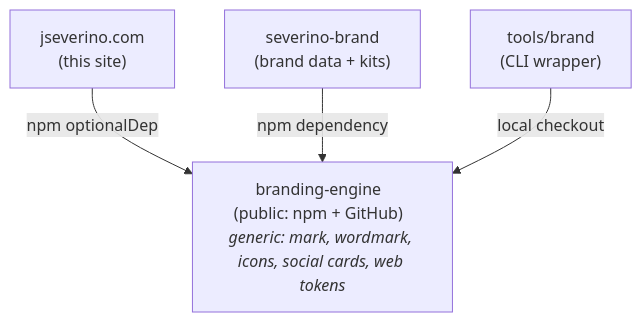
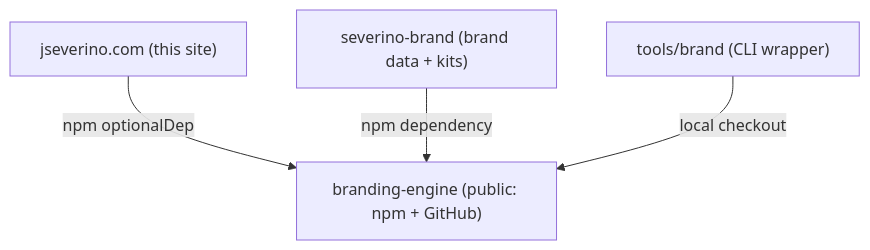
The diagram in docs/Brand-System.md (joeseverino/jseverino.com), drawn with Mermaid before and after one commit. The commit also changed 6 other files, not shown here.

First line of the commit message:
doc: restore stable graph syntax and remove HTML tags from Mermaid

````diff
--- a/docs/Brand-System.md
+++ b/docs/Brand-System.md
@@ -91,11 +91,11 @@
 ```mermaid
-flowchart TD
-    BE["branding-engine  <br/>(public: npm + GitHub)  <br/><i>generic: mark, wordmark, icons, social cards, web tokens</i>  "]
-    JS["jseverino.com  <br/>(this site)  "]
-    SB["severino-brand  <br/>(brand data + kits)  "]
-    TB["tools/brand  <br/>(CLI wrapper)  "]
+graph TD
+    BE["branding-engine (public: npm + GitHub)  "]
+    JS["jseverino.com (this site)  "]
+    SB["severino-brand (brand data + kits)  "]
+    TB["tools/brand (CLI wrapper)  "]
 
     JS -->|npm optionalDep  | BE
     SB -->|npm dependency  | BE
     TB -->|local checkout  | BE
 ```
````
